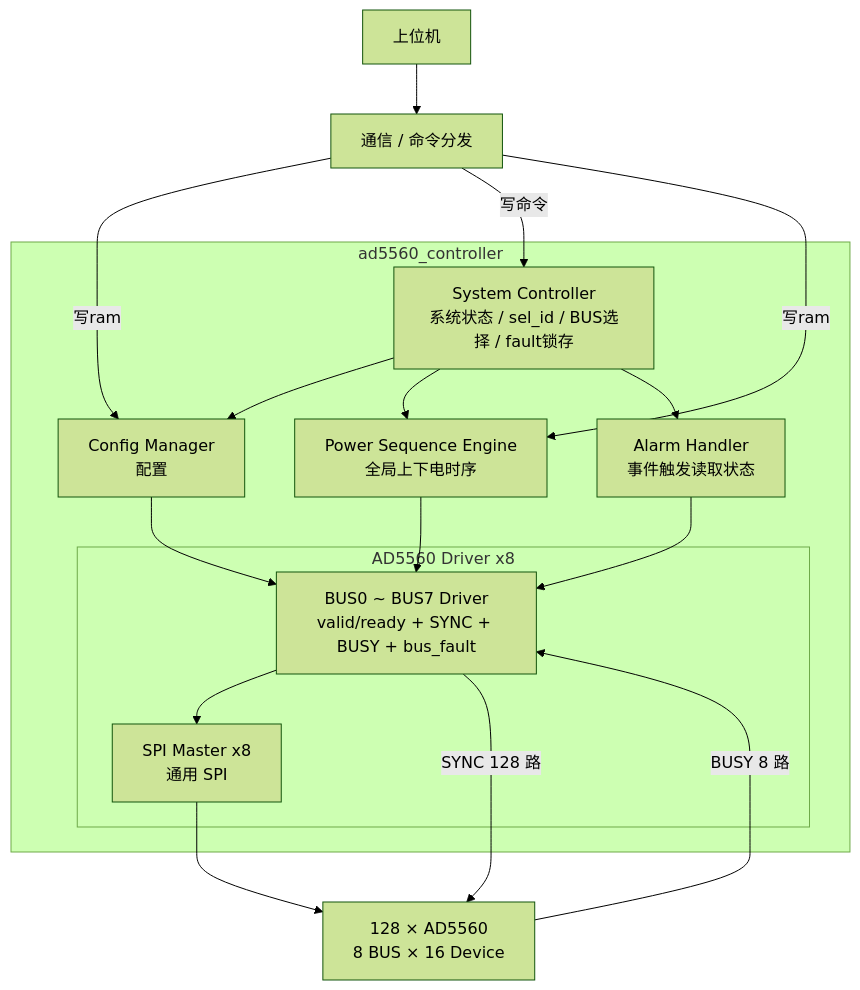
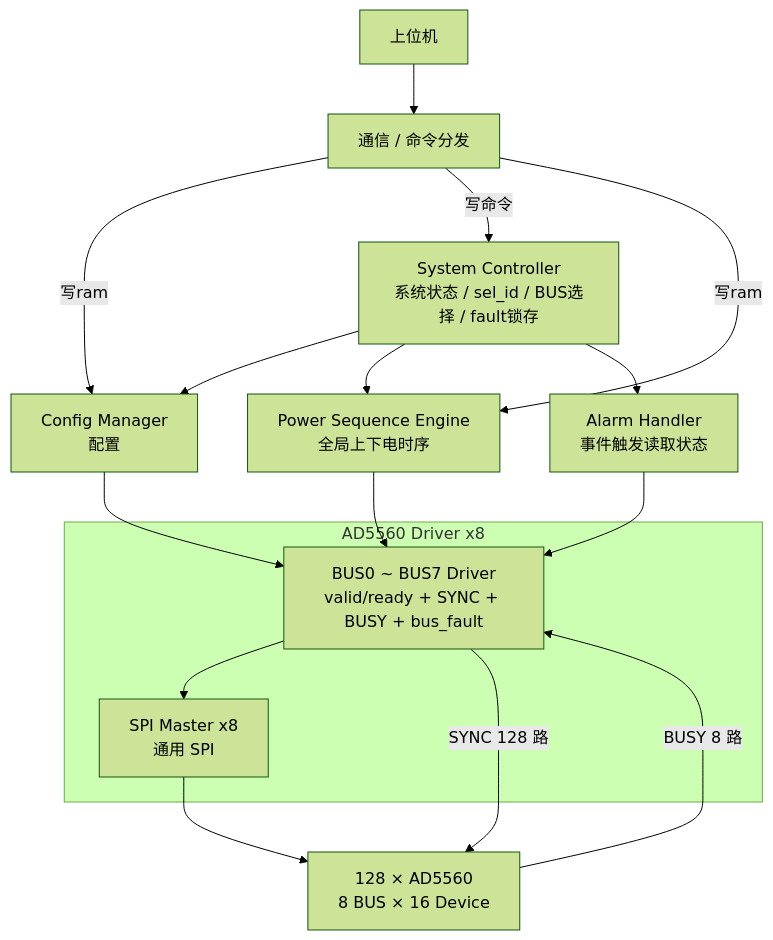
The diagram in AD5560/SYSTEM_ARCHITECTURE.md (hhanghhhhh/hbm_proj), drawn with Mermaid (forest theme) before and after one commit.

````diff
--- a/AD5560/SYSTEM_ARCHITECTURE.md
+++ b/AD5560/SYSTEM_ARCHITECTURE.md
@@ -204,38 +204,35 @@
 ```mermaid
 flowchart TB
     PC[上位机]
     COMM[通信 / 命令分发]
 
-    subgraph CTRL[ad5560_controller]
-        SYS[System Controller\n系统状态 / sel_id / BUS选择 / fault锁存]
-        CM[Config Manager\n配置]
-        PSE[Power Sequence Engine\n全局上下电时序]
-        AH[Alarm Handler\n事件触发读取状态]
-
-        subgraph DRIVERS[AD5560 Driver x8]
-            DRV[BUS0 ~ BUS7 Driver\nvalid/ready + SYNC + BUSY + bus_fault]
-            SPI[SPI Master x8\n通用 SPI]
-            DRV --> SPI
-        end
-
-        SYS --> CM
-        SYS --> PSE
-        SYS --> AH
-
-        CM --> DRV
-        PSE --> DRV
-        AH --> DRV
-
-    end
+      SYS[System Controller\n系统状态 / sel_id / BUS选择 / fault锁存]
+      CM[Config Manager\n配置]
+      PSE[Power Sequence Engine\n全局上下电时序]
+      AH[Alarm Handler\n事件触发读取状态]
+      
+      subgraph DRIVERS[AD5560 Driver x8]
+      DRV[BUS0 ~ BUS7 Driver\nvalid/ready + SYNC + BUSY + bus_fault]
+      SPI[SPI Master x8\n通用 SPI]
+      DRV --> SPI
+      end
+      
+      SYS --> CM
+      SYS --> PSE
+      SYS --> AH
+      
+      CM --> DRV
+      PSE --> DRV
+      AH --> DRV
 
     DEV[128 × AD5560\n8 BUS × 16 Device]
 
     PC --> COMM
     COMM -->|写ram| CM
     COMM -->|写命令| SYS
     COMM -->|写ram| PSE
 
     SPI --> DEV
     DRV -->|SYNC 128 路| DEV
     DEV -->|BUSY 8 路| DRV
 ```
````
